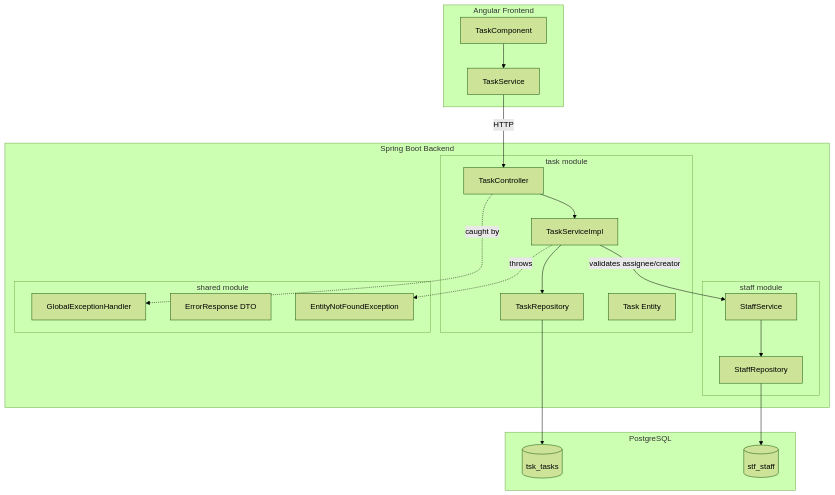
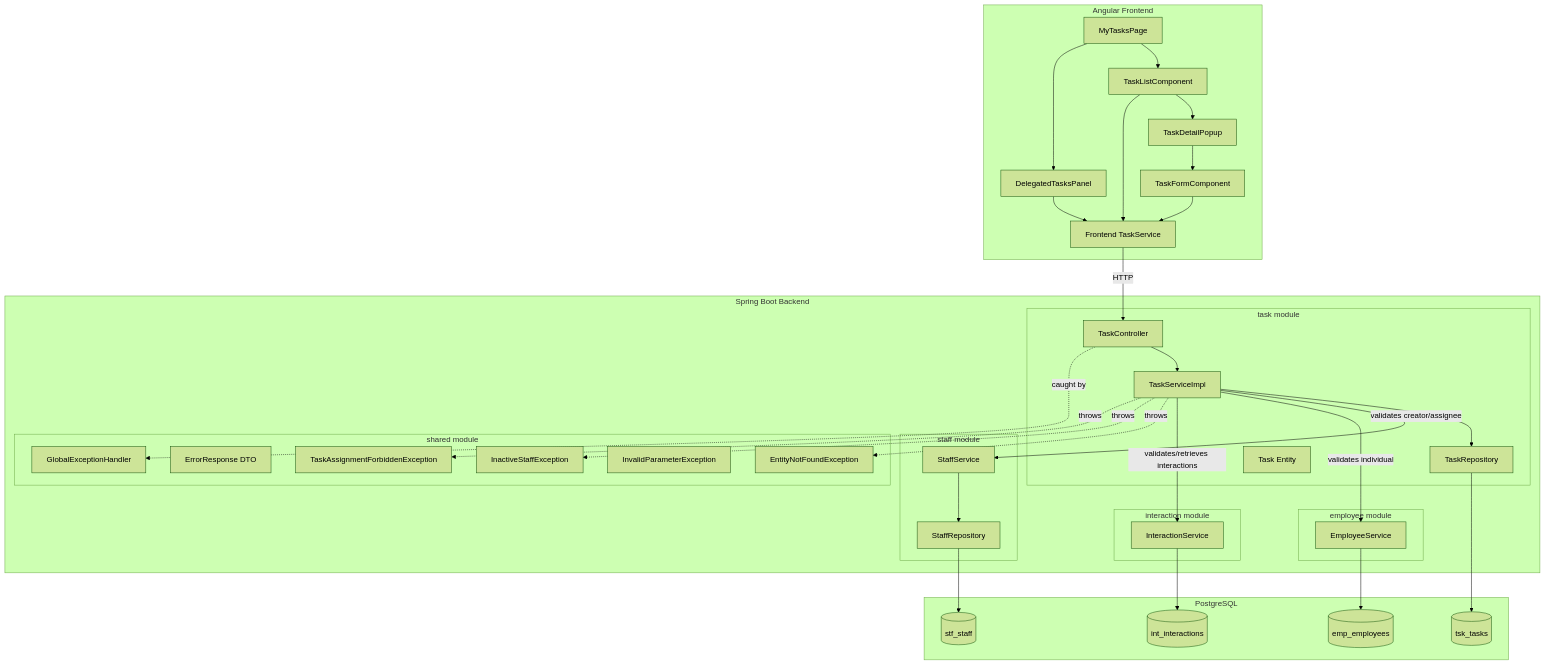
Before and after one commit to Liam-Maro/Staff-Engagement-POC: the first of 4 diagrams in .kiro/specs/staff-task-assignment/design.md, drawn with Mermaid (forest theme). The commit also changed other lines of this file and 64 other files, not shown here.

````diff
--- a/.kiro/specs/staff-task-assignment/design.md
+++ b/.kiro/specs/staff-task-assignment/design.md
@@ -18,43 +22,72 @@
 ```mermaid
 graph TD
     subgraph Frontend["Angular Frontend"]
-        TC[TaskComponent]
-        TS[TaskService]
-        TC --> TS
+        MTP[MyTasksPage]
+        TLC[TaskListComponent]
+        TFC[TaskFormComponent]
+        TDP[TaskDetailPopup]
+        DTP[DelegatedTasksPanel]
+        FTS[Frontend TaskService]
+        MTP --> TLC
+        MTP --> DTP
+        TLC --> TDP
+        TDP --> TFC
+        TLC --> FTS
+        TFC --> FTS
+        DTP --> FTS
     end
 
     subgraph Backend["Spring Boot Backend"]
         subgraph TaskModule["task module"]
             TCtrl[TaskController]
             TSvc[TaskServiceImpl]
             TRepo[TaskRepository]
             TModel[Task Entity]
         end
 
         subgraph StaffModule["staff module"]
             SSvc[StaffService]
             SRepo[StaffRepository]
         end
 
+        subgraph EmployeeModule["employee module"]
+            ESvc[EmployeeService]
+        end
+
+        subgraph InteractionModule["interaction module"]
+            ISvc[InteractionService]
+        end
+
         subgraph SharedModule["shared module"]
             GEH[GlobalExceptionHandler]
             ErrResp[ErrorResponse DTO]
             ENF[EntityNotFoundException]
+            ISE[InactiveStaffException]
+            IPE[InvalidParameterException]
+            TAFE[TaskAssignmentForbiddenException]
         end
     end
 
     subgraph Database["PostgreSQL"]
         TskTable[(tsk_tasks)]
         StfTable[(stf_staff)]
+        EmpTable[(emp_employees)]
+        IntTable[(int_interactions)]
     end
 
-    TS -->|HTTP| TCtrl
+    FTS -->|HTTP| TCtrl
     TCtrl --> TSvc
     TSvc --> TRepo
-    TSvc -->|validates assignee/creator| SSvc
+    TSvc -->|validates creator/assignee| SSvc
+    TSvc -->|validates individual| ESvc
+    TSvc -->|validates/retrieves interactions| ISvc
     TRepo --> TskTable
     SSvc --> SRepo
     SRepo --> StfTable
+    ESvc --> EmpTable
+    ISvc --> IntTable
     TSvc -.->|throws| ENF
+    TSvc -.->|throws| ISE
+    TSvc -.->|throws| TAFE
     TCtrl -.->|caught by| GEH
 ```
````
